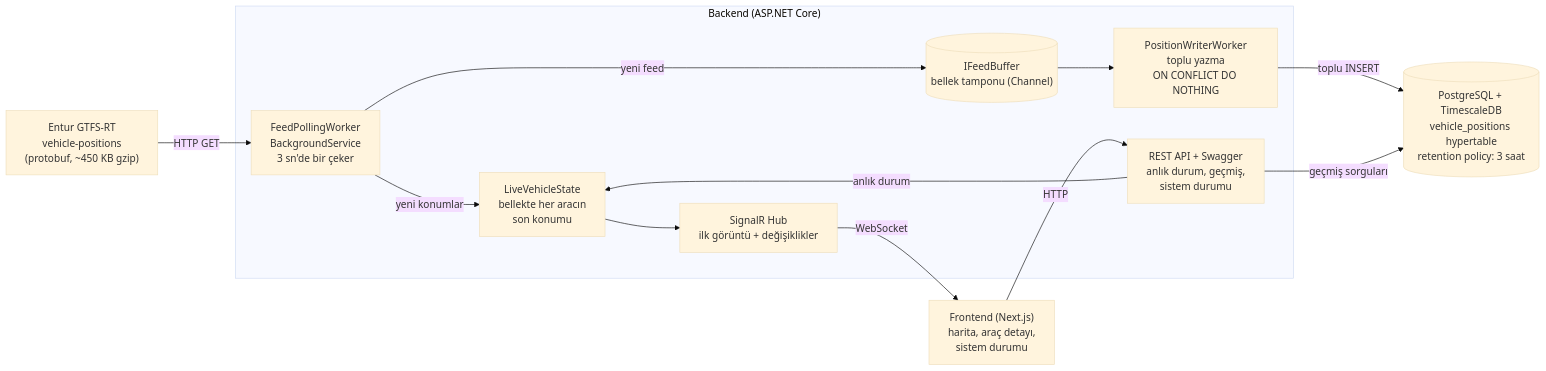
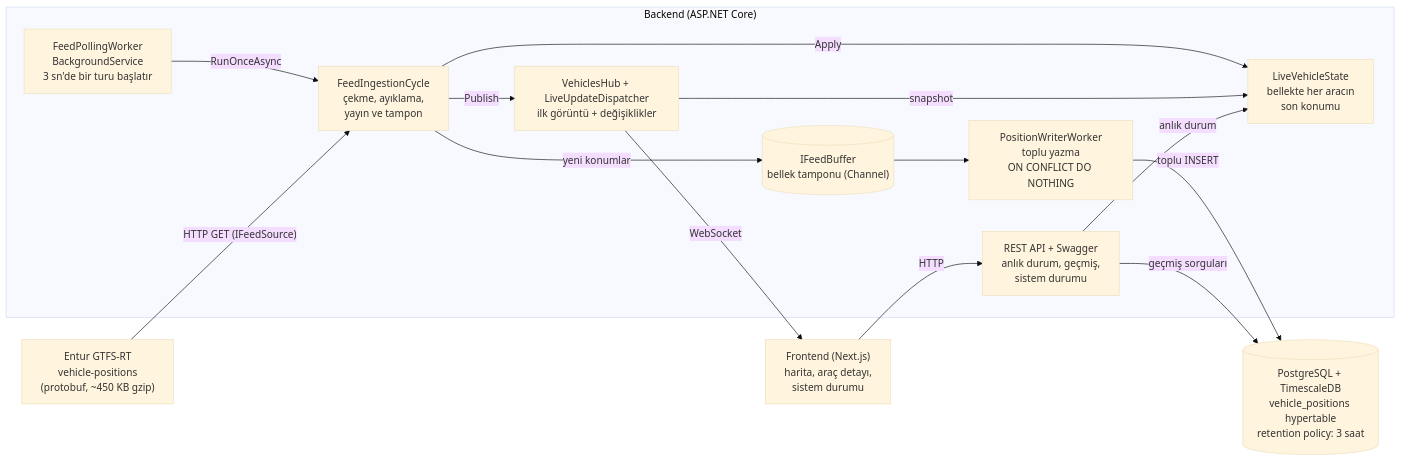
One commit to onreyl/canli-arac-takip changed the diagram in docs/architecture.md. Above: the diagram before and after it, drawn with Mermaid (base theme). The commit also changed other lines of this file and 3 other files, not shown here.

Commit message:
docs: update class names and flow after the backend refactor

````diff
--- a/docs/architecture.md
+++ b/docs/architecture.md
@@ -5,27 +5,30 @@
 ```mermaid
 flowchart LR
     Entur["Entur GTFS-RT<br/>vehicle-positions<br/>(protobuf, ~450 KB gzip)"]
 
     subgraph Backend["Backend (ASP.NET Core)"]
-        Poller["FeedPollingWorker<br/>BackgroundService<br/>3 sn'de bir çeker"]
+        Poller["FeedPollingWorker<br/>BackgroundService<br/>3 sn'de bir turu başlatır"]
+        Cycle["FeedIngestionCycle<br/>çekme, ayıklama,<br/>yayın ve tampon"]
         Buffer[("IFeedBuffer<br/>bellek tamponu (Channel)")]
         Writer["PositionWriterWorker<br/>toplu yazma<br/>ON CONFLICT DO NOTHING"]
         Live["LiveVehicleState<br/>bellekte her aracın<br/>son konumu"]
-        Hub["SignalR Hub<br/>ilk görüntü + değişiklikler"]
+        Hub["VehiclesHub + LiveUpdateDispatcher<br/>ilk görüntü + değişiklikler"]
         Api["REST API + Swagger<br/>anlık durum, geçmiş,<br/>sistem durumu"]
     end
 
     DB[("PostgreSQL + TimescaleDB<br/>vehicle_positions hypertable<br/>retention policy: 3 saat")]
     Web["Frontend (Next.js)<br/>harita, araç detayı,<br/>sistem durumu"]
 
-    Entur -- "HTTP GET" --> Poller
-    Poller -- "yeni feed" --> Buffer
+    Poller -- "RunOnceAsync" --> Cycle
+    Entur -- "HTTP GET (IFeedSource)" --> Cycle
+    Cycle -- "yeni konumlar" --> Buffer
     Buffer --> Writer
     Writer -- "toplu INSERT" --> DB
-    Poller -- "yeni konumlar" --> Live
-    Live --> Hub
+    Cycle -- "Apply" --> Live
+    Cycle -- "Publish" --> Hub
+    Hub -- "snapshot" --> Live
     Hub -- "WebSocket" --> Web
     Api -- "geçmiş sorguları" --> DB
     Api -- "anlık durum" --> Live
     Web -- "HTTP" --> Api
 ```
````
